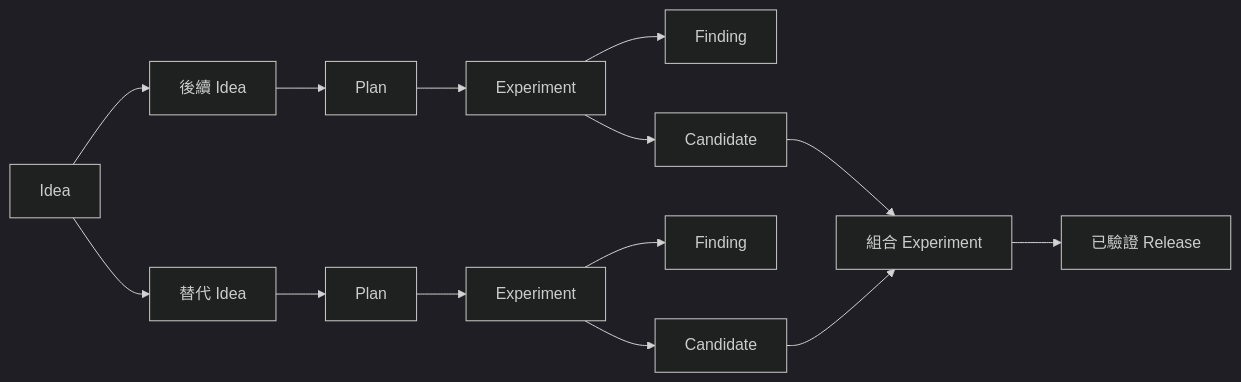
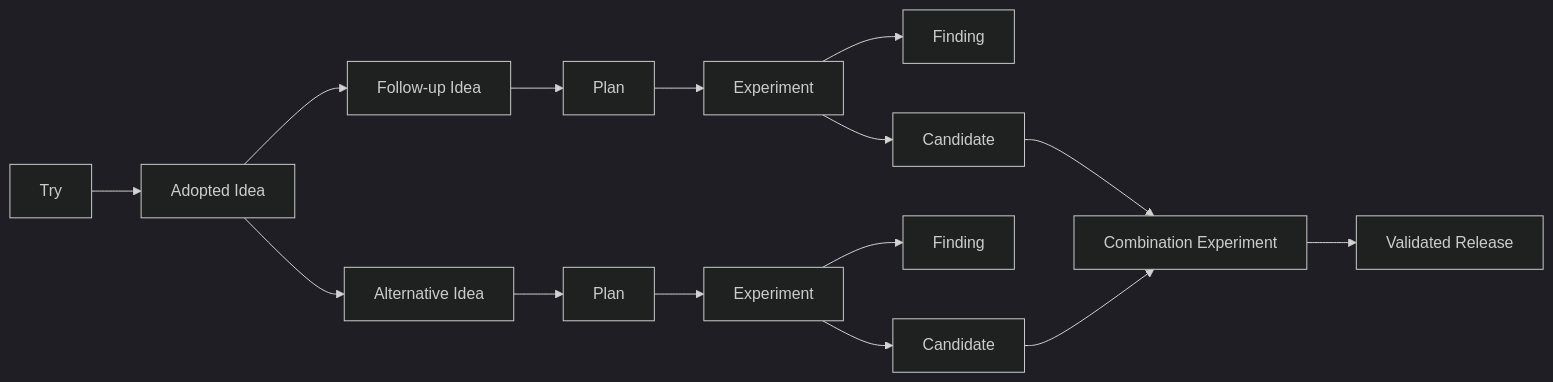
One commit to daviddwlee84/exp-cli changed the second of 2 diagrams in docs/design/architecture.zh-TW.md. Above: the diagram before and after it, drawn with Mermaid (dark theme). The commit also changed other lines of this file and 262 other files, not shown here.

````diff
--- a/docs/design/architecture.zh-TW.md
+++ b/docs/design/architecture.zh-TW.md
@@ -76,16 +112,17 @@
 ```mermaid
 flowchart LR
-  I0[Idea] --> I1[後續 Idea]
-  I0 --> I2[替代 Idea]
+  T[Try] --> I0[Adopted Idea]
+  I0 --> I1[Follow-up Idea]
+  I0 --> I2[Alternative Idea]
   I1 --> P1[Plan]
   I2 --> P2[Plan]
   P1 --> E1[Experiment]
   P2 --> E2[Experiment]
   E1 --> F1[Finding]
   E2 --> F2[Finding]
   E1 --> C1[Candidate]
   E2 --> C2[Candidate]
-  C1 --> EC[組合 Experiment]
+  C1 --> EC[Combination Experiment]
   C2 --> EC
-  EC --> RC[已驗證 Release]
+  EC --> RC[Validated Release]
 ```
````
